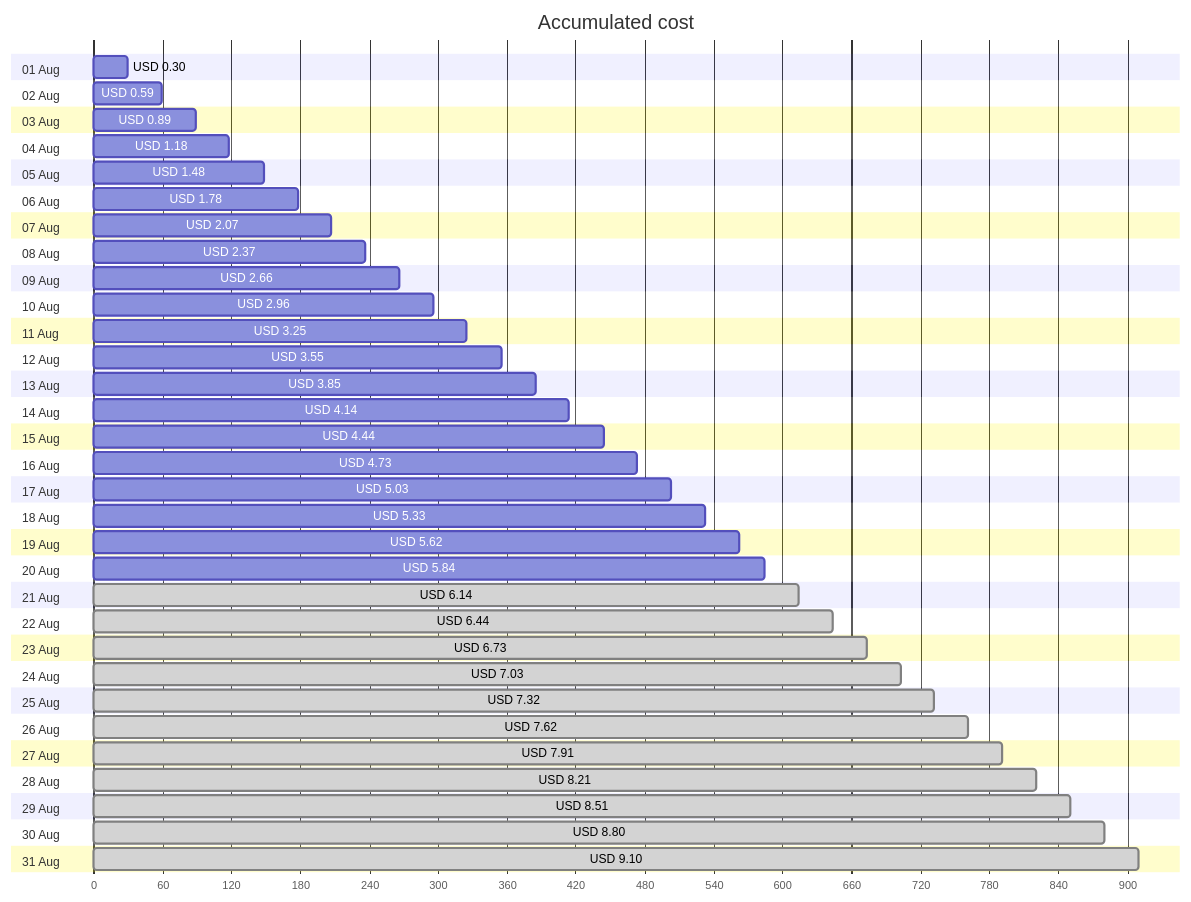
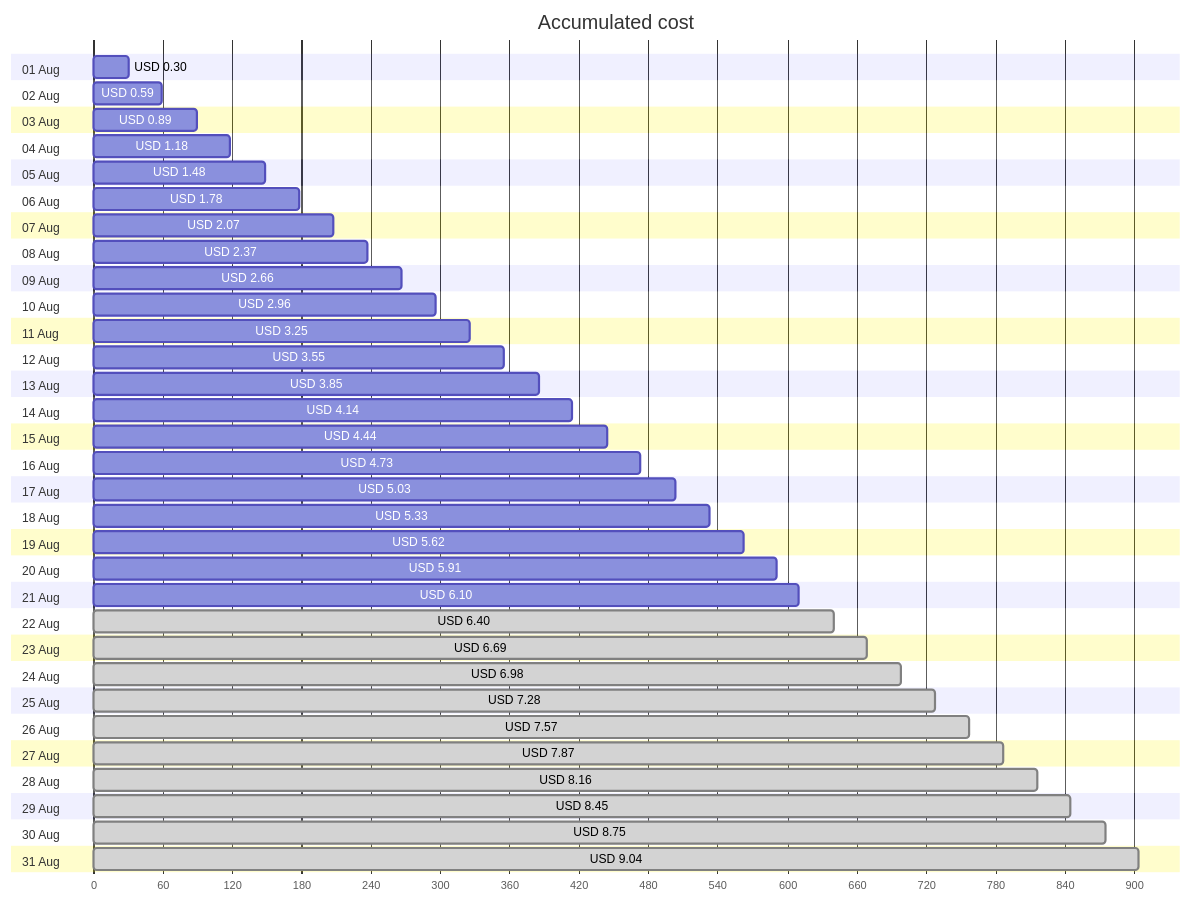
Before and after one commit to jpfulton/azure-personal-reports: the first of 4 diagrams in cost-reports/personal-site/personal-site.md, drawn with Mermaid. The commit also changed other lines of this file and 6 other files, not shown here.

````diff
--- a/cost-reports/personal-site/personal-site.md
+++ b/cost-reports/personal-site/personal-site.md
@@ -20,68 +20,68 @@
 ```mermaid
 gantt
    title Accumulated cost
    dateFormat  X
    axisFormat %s
    section 01 Aug
    USD 0.30 :0, 30
    section 02 Aug
    USD 0.59 :0, 59
    section 03 Aug
    USD 0.89 :0, 89
    section 04 Aug
    USD 1.18 :0, 118
    section 05 Aug
    USD 1.48 :0, 148
    section 06 Aug
    USD 1.78 :0, 178
    section 07 Aug
    USD 2.07 :0, 207
    section 08 Aug
    USD 2.37 :0, 237
    section 09 Aug
    USD 2.66 :0, 266
    section 10 Aug
    USD 2.96 :0, 296
    section 11 Aug
    USD 3.25 :0, 325
    section 12 Aug
    USD 3.55 :0, 355
    section 13 Aug
    USD 3.85 :0, 385
    section 14 Aug
    USD 4.14 :0, 414
    section 15 Aug
    USD 4.44 :0, 444
    section 16 Aug
    USD 4.73 :0, 473
    section 17 Aug
    USD 5.03 :0, 503
    section 18 Aug
    USD 5.33 :0, 533
    section 19 Aug
    USD 5.62 :0, 562
    section 20 Aug
-   USD 5.84 :0, 584
+   USD 5.91 :0, 591
    section 21 Aug
-   USD 6.14 : done, 0, 614
+   USD 6.10 :0, 610
    section 22 Aug
-   USD 6.44 : done, 0, 644
+   USD 6.40 : done, 0, 640
    section 23 Aug
-   USD 6.73 : done, 0, 673
+   USD 6.69 : done, 0, 669
    section 24 Aug
-   USD 7.03 : done, 0, 703
+   USD 6.98 : done, 0, 698
    section 25 Aug
-   USD 7.32 : done, 0, 732
+   USD 7.28 : done, 0, 728
    section 26 Aug
-   USD 7.62 : done, 0, 762
+   USD 7.57 : done, 0, 757
    section 27 Aug
-   USD 7.91 : done, 0, 791
+   USD 7.87 : done, 0, 787
    section 28 Aug
-   USD 8.21 : done, 0, 821
+   USD 8.16 : done, 0, 816
    section 29 Aug
-   USD 8.51 : done, 0, 851
+   USD 8.45 : done, 0, 845
    section 30 Aug
-   USD 8.80 : done, 0, 880
+   USD 8.75 : done, 0, 875
    section 31 Aug
-   USD 9.10 : done, 0, 910
+   USD 9.04 : done, 0, 904
 ```
````
